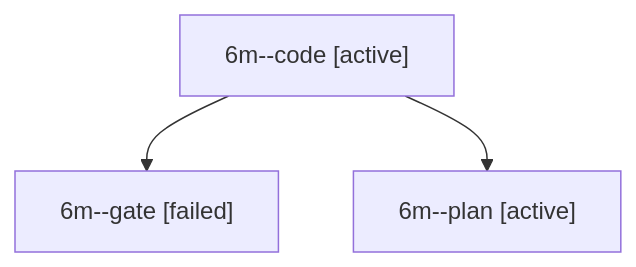
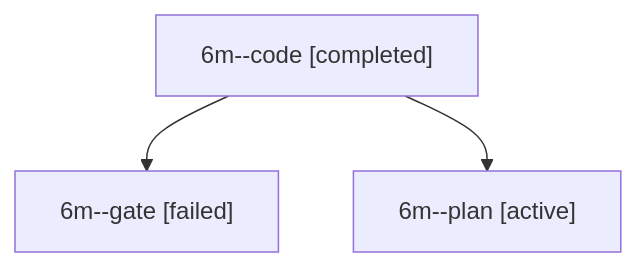
Before and after one commit to bobs-org/bob-cli--agents: the diagram in sessions/bbugyi200.apollo.6m.md, drawn with Mermaid. The commit also changed other lines of this file and 27 other files, not shown here.

````diff
--- a/sessions/bbugyi200.apollo.6m.md
+++ b/sessions/bbugyi200.apollo.6m.md
@@ -9,8 +9,8 @@
 ```mermaid
 flowchart TD
-  n0["6m--code [active]"]
+  n0["6m--code [completed]"]
   n1["6m--gate [failed]"]
   n0 --> n1
   n2["6m--plan [active]"]
   n0 --> n2
 ```
````
